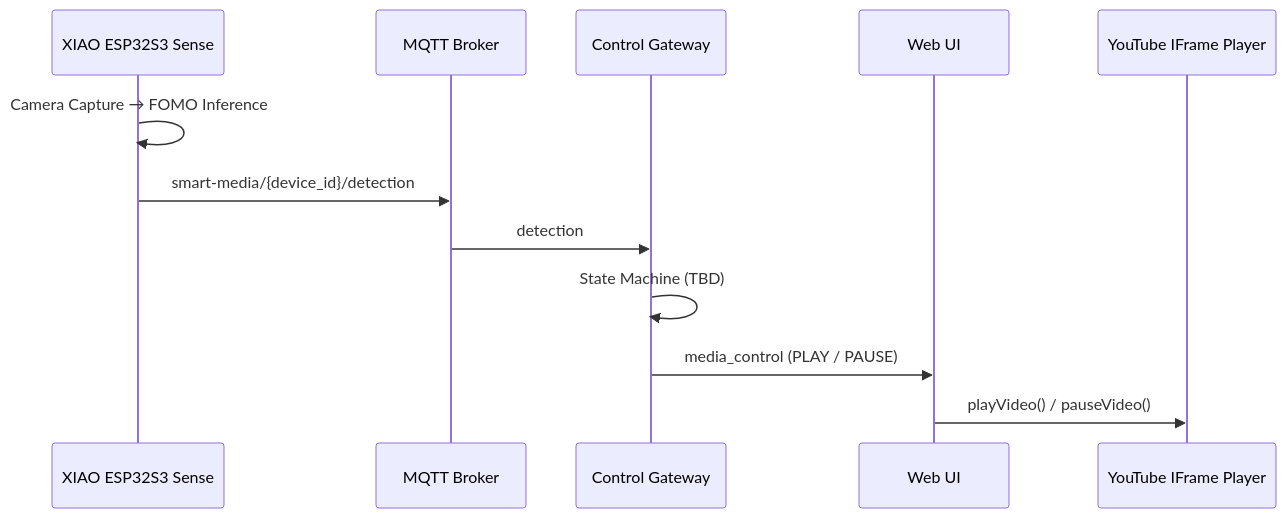
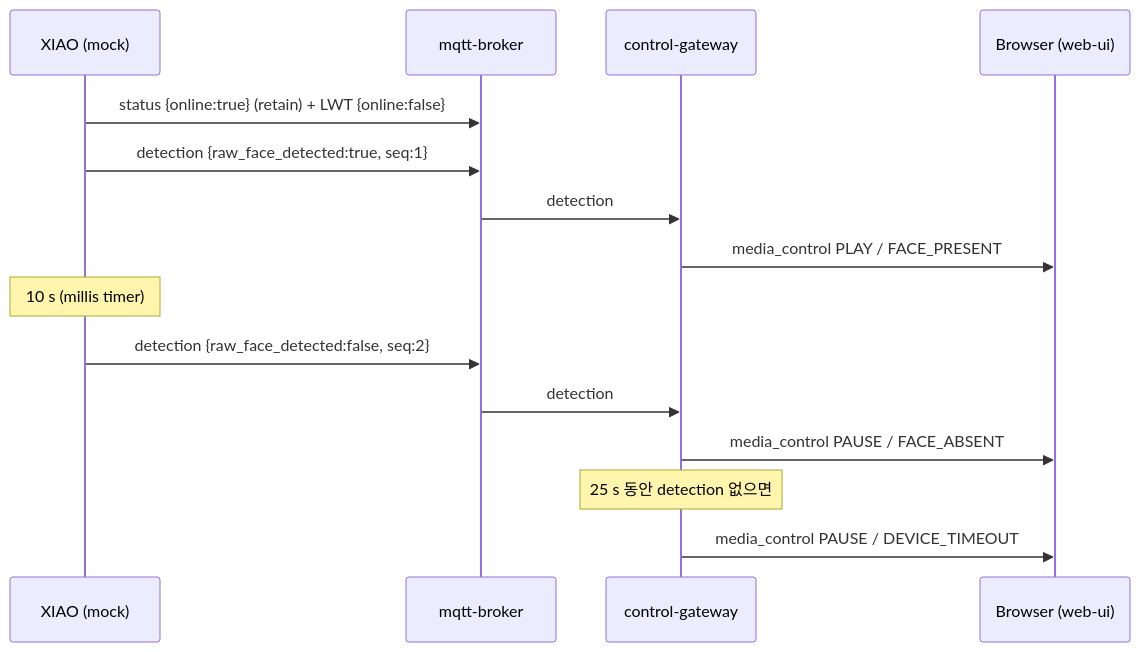
The second of 2 diagrams in docs/architecture.md (david-laugh/RealTime-Face-Media-Control), drawn with Mermaid before and after one commit. The commit also changed other lines of this file and 41 other files, not shown here.

First line of the commit message:
feat: implement mock detection firmware, MQTT broker and control gateway

````diff
--- a/docs/architecture.md
+++ b/docs/architecture.md
@@ -38,15 +48,18 @@
 ```mermaid
 sequenceDiagram
-    participant X as XIAO ESP32S3 Sense
-    participant B as MQTT Broker
-    participant G as Control Gateway
-    participant W as Web UI
-    participant Y as YouTube IFrame Player
+    participant X as XIAO (mock)
+    participant B as mqtt-broker
+    participant G as control-gateway
+    participant W as Browser (web-ui)
 
-    X->>X: Camera Capture → FOMO Inference
-    X->>B: smart-media/{device_id}/detection
+    X->>B: status {online:true} (retain) + LWT {online:false}
+    X->>B: detection {raw_face_detected:true, seq:1}
     B->>G: detection
-    G->>G: State Machine (TBD)
-    G->>W: media_control (PLAY / PAUSE)
-    W->>Y: playVideo() / pauseVideo()
+    G->>W: media_control PLAY / FACE_PRESENT
+    Note over X: 10 s (millis timer)
+    X->>B: detection {raw_face_detected:false, seq:2}
+    B->>G: detection
+    G->>W: media_control PAUSE / FACE_ABSENT
+    Note over G: 25 s 동안 detection 없으면
+    G->>W: media_control PAUSE / DEVICE_TIMEOUT
 ```
````
